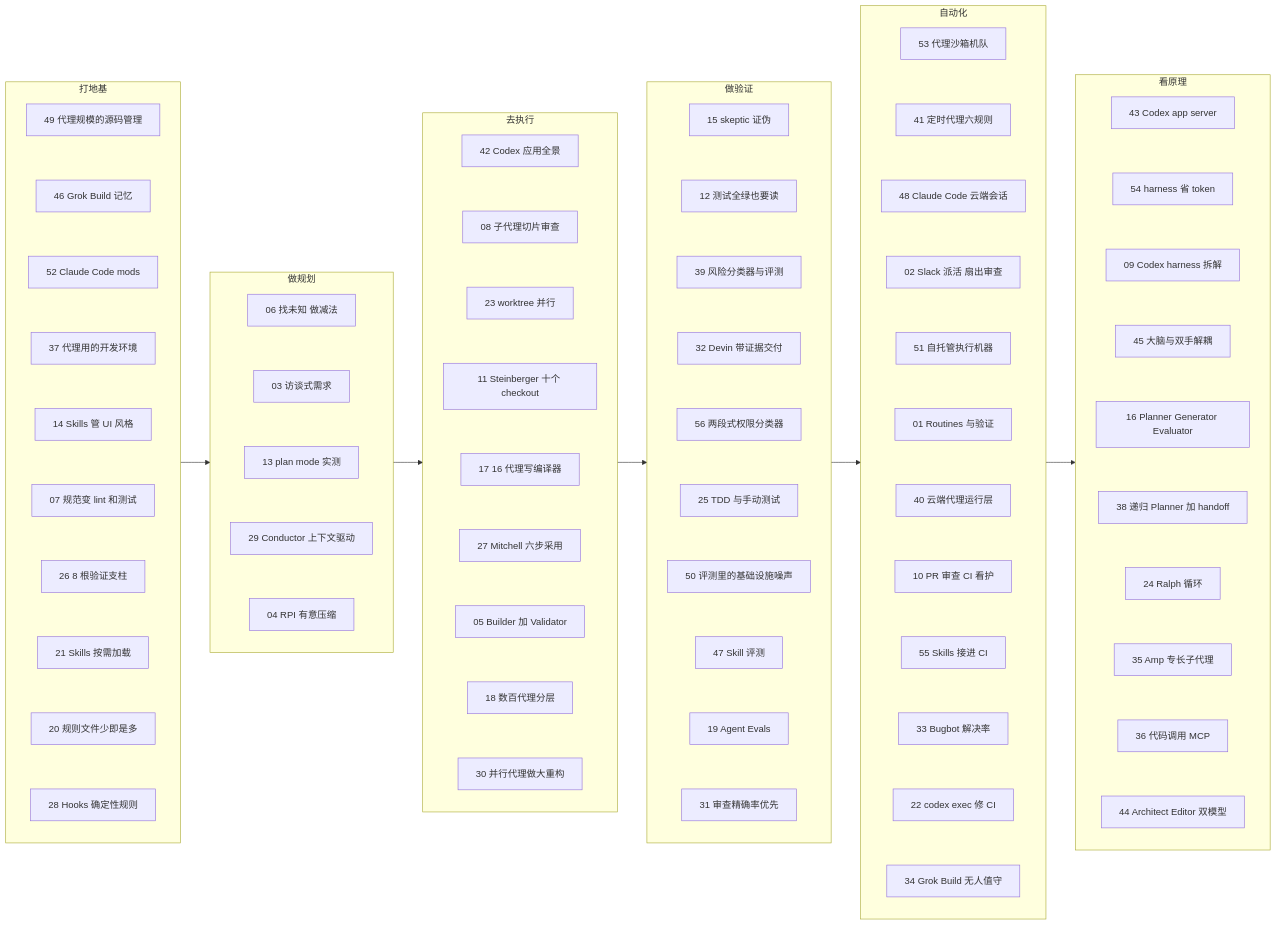
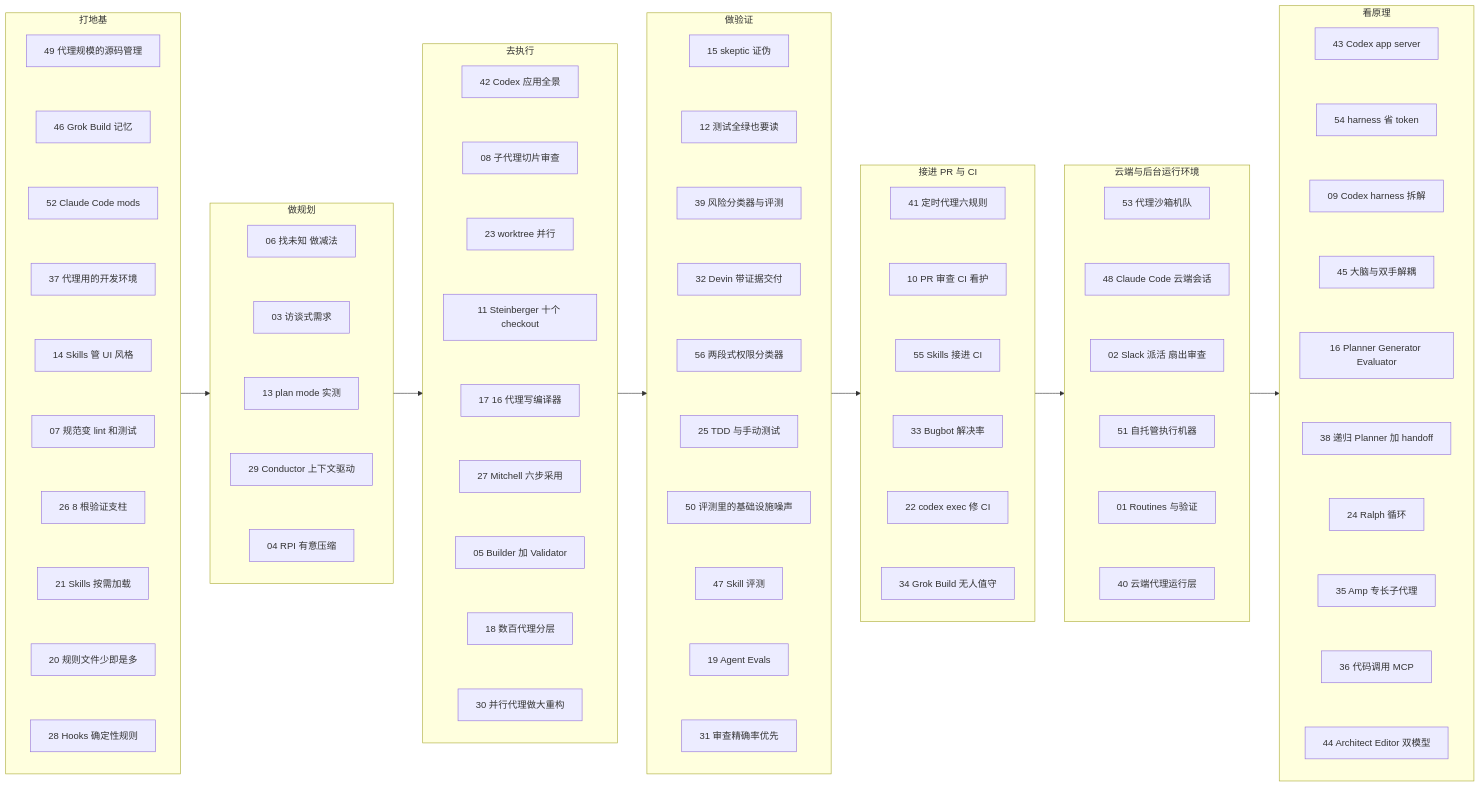
Before and after one commit to yzw7489757/ai-coding-videos: the diagram in docs/index.md, drawn with Mermaid. The commit also changed other lines of this file and 16 other files, not shown here.

Commit message:
拆分“自动化”阶段为“接进 PR 与 CI”(ci) 和“云端与后台运行环境”(cloud)，新增两个阶段指南，旧 /guide/automation 改为入口页，同步侧边栏/首页/全部资料/总结/路径/AGENTS.md/changelog

````diff
--- a/docs/index.md
+++ b/docs/index.md
@@ -173,33 +179,35 @@
     A47 ~~~ A19
     A19 ~~~ A31
   end
-  subgraph S5["自动化"]
+  subgraph S5["接进 PR 与 CI"]
+    direction TB
+    A41["41 定时代理六规则"]
+    A10["10 PR 审查 CI 看护"]
+    A55["55 Skills 接进 CI"]
+    A33["33 Bugbot 解决率"]
+    A22["22 codex exec 修 CI"]
+    A34["34 Grok Build 无人值守"]
+    A41 ~~~ A10
+    A10 ~~~ A55
+    A55 ~~~ A33
+    A33 ~~~ A22
+    A22 ~~~ A34
+  end
+  subgraph S6["云端与后台运行环境"]
     direction TB
     A53["53 代理沙箱机队"]
-    A41["41 定时代理六规则"]
     A48["48 Claude Code 云端会话"]
     A02["02 Slack 派活 扇出审查"]
     A51["51 自托管执行机器"]
     A01["01 Routines 与验证"]
     A40["40 云端代理运行层"]
-    A10["10 PR 审查 CI 看护"]
-    A55["55 Skills 接进 CI"]
-    A33["33 Bugbot 解决率"]
-    A22["22 codex exec 修 CI"]
-    A34["34 Grok Build 无人值守"]
-    A53 ~~~ A41
-    A41 ~~~ A48
+    A53 ~~~ A48
     A48 ~~~ A02
     A02 ~~~ A51
     A51 ~~~ A01
     A01 ~~~ A40
-    A40 ~~~ A10
-    A10 ~~~ A55
-    A55 ~~~ A33
-    A33 ~~~ A22
-    A22 ~~~ A34
   end
-  subgraph S6["看原理"]
+  subgraph S7["看原理"]
     direction TB
     A43["43 Codex app server"]
     A54["54 harness 省 token"]
@@ -221,5 +229,5 @@
     A35 ~~~ A36
     A36 ~~~ A44
   end
-  S1 --> S2 --> S3 --> S4 --> S5 --> S6
+  S1 --> S2 --> S3 --> S4 --> S5 --> S6 --> S7
 ```
````
